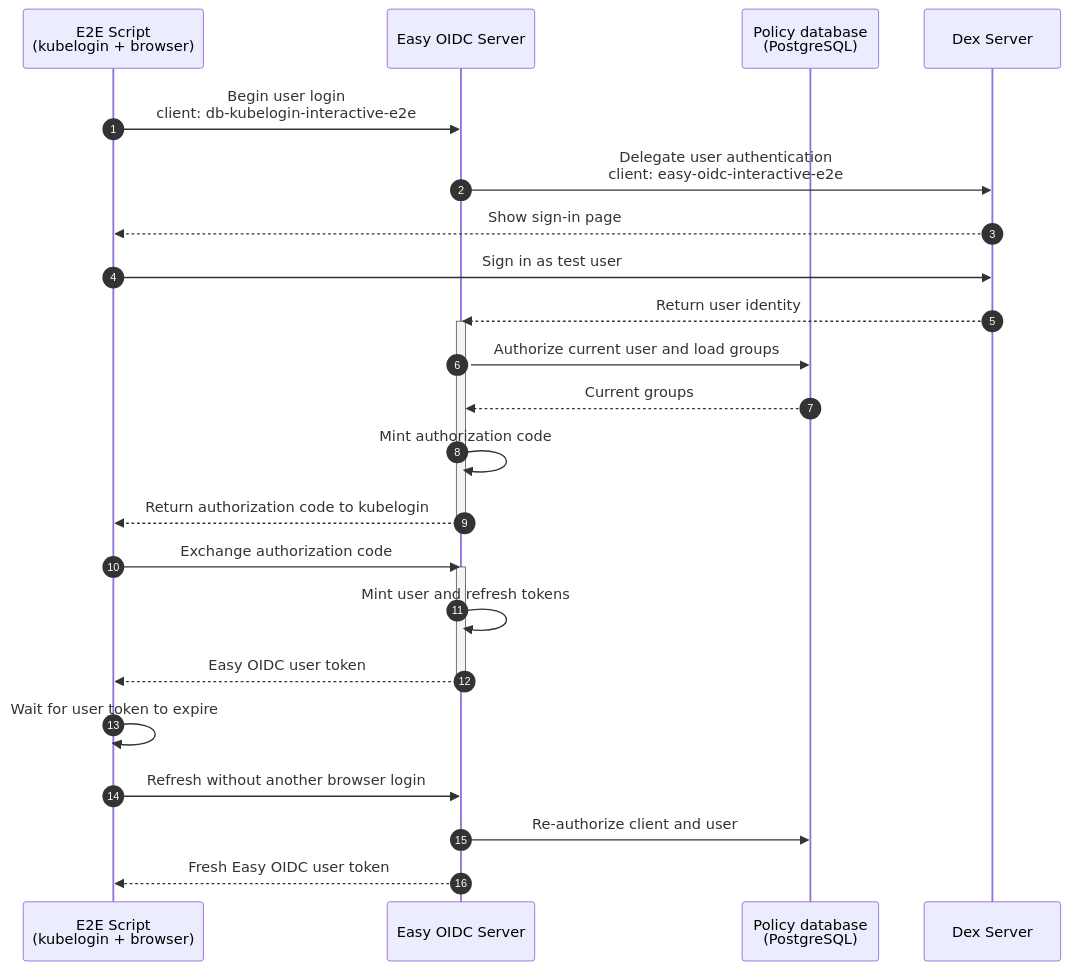
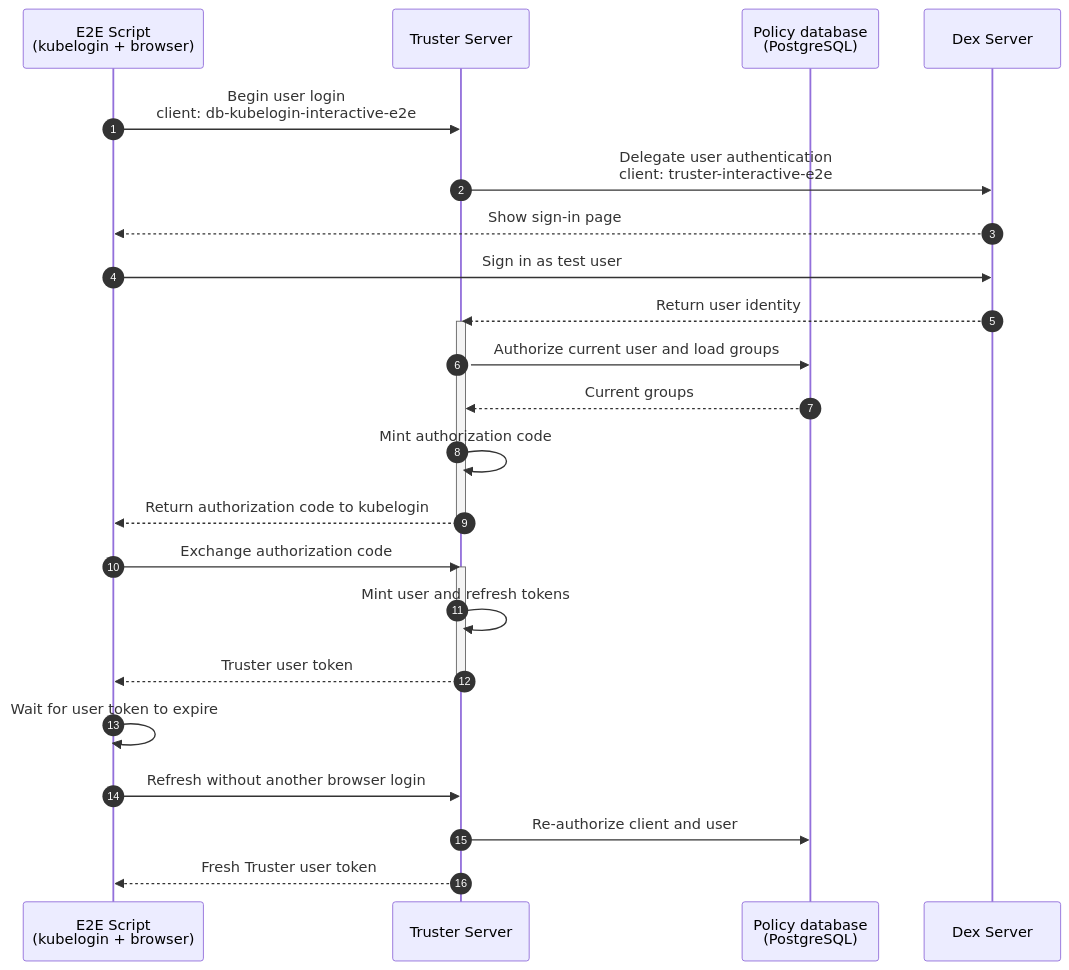
The fourth of 4 diagrams in scripts/e2e/README.md (easy-oidc/easy-oidc), drawn with Mermaid before and after one commit. The commit also changed other lines of this file and 276 other files, not shown here.

Commit message:
Rename Easy OIDC to Truster

````diff
--- a/scripts/e2e/README.md
+++ b/scripts/e2e/README.md
@@ -113,29 +113,29 @@
 ```mermaid
 sequenceDiagram
     autonumber
     participant Script as E2E Script<br/>(kubelogin + browser)
-    participant Easy as Easy OIDC Server
+    participant Truster as Truster Server
     participant PG as Policy database<br/>(PostgreSQL)
     participant Dex as Dex Server
 
-    Script->>Easy: Begin user login<br/>client: db-kubelogin-interactive-e2e
-    Easy->>Dex: Delegate user authentication<br/>client: easy-oidc-interactive-e2e
+    Script->>Truster: Begin user login<br/>client: db-kubelogin-interactive-e2e
+    Truster->>Dex: Delegate user authentication<br/>client: truster-interactive-e2e
     Dex-->>Script: Show sign-in page
     Script->>Dex: Sign in as test user
-    Dex-->>Easy: Return user identity
-    activate Easy
-    Easy->>PG: Authorize current user and load groups
-    PG-->>Easy: Current groups
-    Easy->>Easy: Mint authorization code
-    Easy-->>Script: Return authorization code to kubelogin
-    deactivate Easy
-    Script->>Easy: Exchange authorization code
-    activate Easy
-    Easy->>Easy: Mint user and refresh tokens
-    Easy-->>Script: Easy OIDC user token
-    deactivate Easy
+    Dex-->>Truster: Return user identity
+    activate Truster
+    Truster->>PG: Authorize current user and load groups
+    PG-->>Truster: Current groups
+    Truster->>Truster: Mint authorization code
+    Truster-->>Script: Return authorization code to kubelogin
+    deactivate Truster
+    Script->>Truster: Exchange authorization code
+    activate Truster
+    Truster->>Truster: Mint user and refresh tokens
+    Truster-->>Script: Truster user token
+    deactivate Truster
     Script->>Script: Wait for user token to expire
-    Script->>Easy: Refresh without another browser login
-    Easy->>PG: Re-authorize client and user
-    Easy-->>Script: Fresh Easy OIDC user token
+    Script->>Truster: Refresh without another browser login
+    Truster->>PG: Re-authorize client and user
+    Truster-->>Script: Fresh Truster user token
 ```
````
